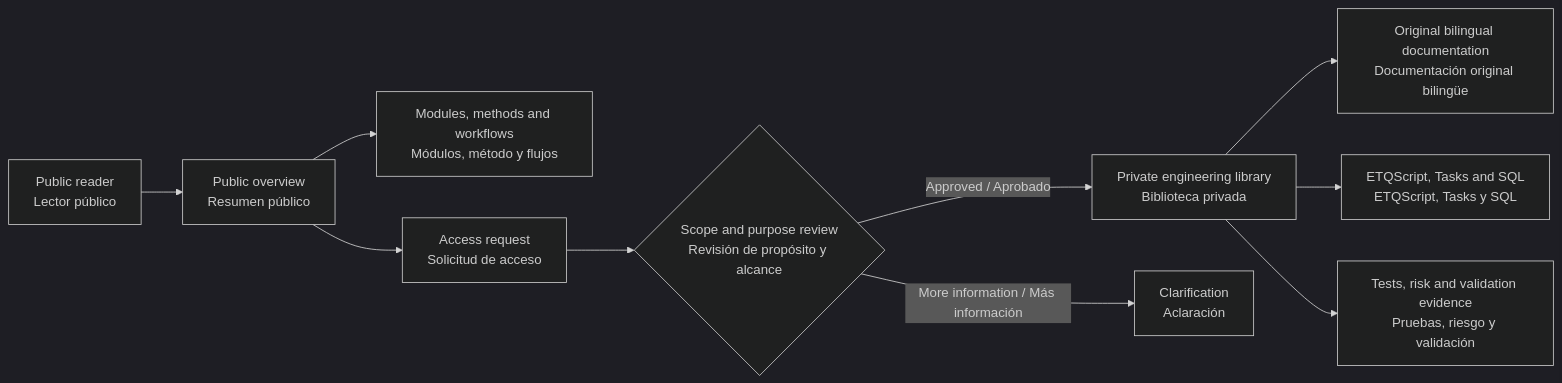
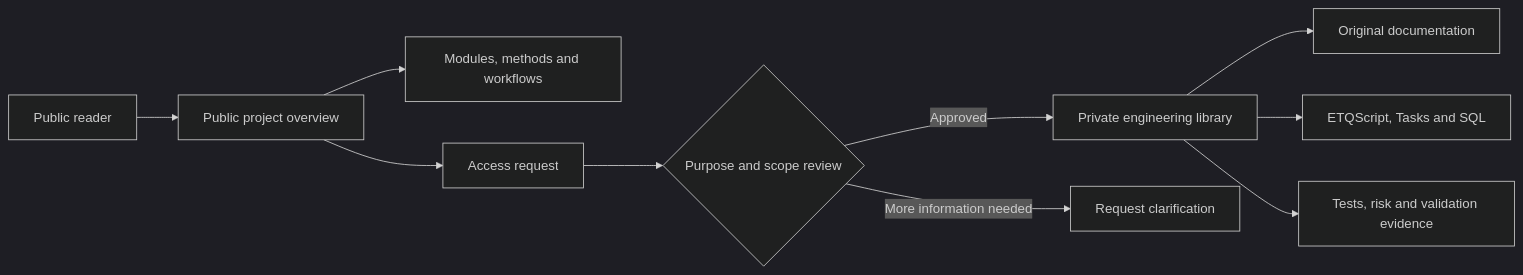
One commit to yorzethmc/etq-reliance-automation-overview changed the first of 14 diagrams in README.md. Above: the diagram before and after it, drawn with Mermaid (dark theme). The commit also changed other lines of this file, not shown here.

Commit message:
Separate English and Spanish documentation

````diff
--- a/README.md
+++ b/README.md
@@ -64,12 +52,12 @@
 ```mermaid
 flowchart LR
-    Visitor["Public reader<br/>Lector público"] --> Portal["Public overview<br/>Resumen público"]
-    Portal --> Scope["Modules, methods and workflows<br/>Módulos, método y flujos"]
-    Portal --> Request["Access request<br/>Solicitud de acceso"]
-    Request --> Review{"Scope and purpose review<br/>Revisión de propósito y alcance"}
-    Review -->|Approved / Aprobado| Private["Private engineering library<br/>Biblioteca privada"]
-    Review -->|More information / Más información| Clarify["Clarification<br/>Aclaración"]
-    Private --> Docs["Original bilingual documentation<br/>Documentación original bilingüe"]
-    Private --> Code["ETQScript, Tasks and SQL<br/>ETQScript, Tasks y SQL"]
-    Private --> Evidence["Tests, risk and validation evidence<br/>Pruebas, riesgo y validación"]
+    Reader["Public reader"] --> Portal["Public project overview"]
+    Portal --> Scope["Modules, methods and workflows"]
+    Portal --> Request["Access request"]
+    Request --> Review{"Purpose and scope review"}
+    Review -->|Approved| Private["Private engineering library"]
+    Review -->|More information needed| Clarify["Request clarification"]
+    Private --> Docs["Original documentation"]
+    Private --> Code["ETQScript, Tasks and SQL"]
+    Private --> Evidence["Tests, risk and validation evidence"]
 ```
````
